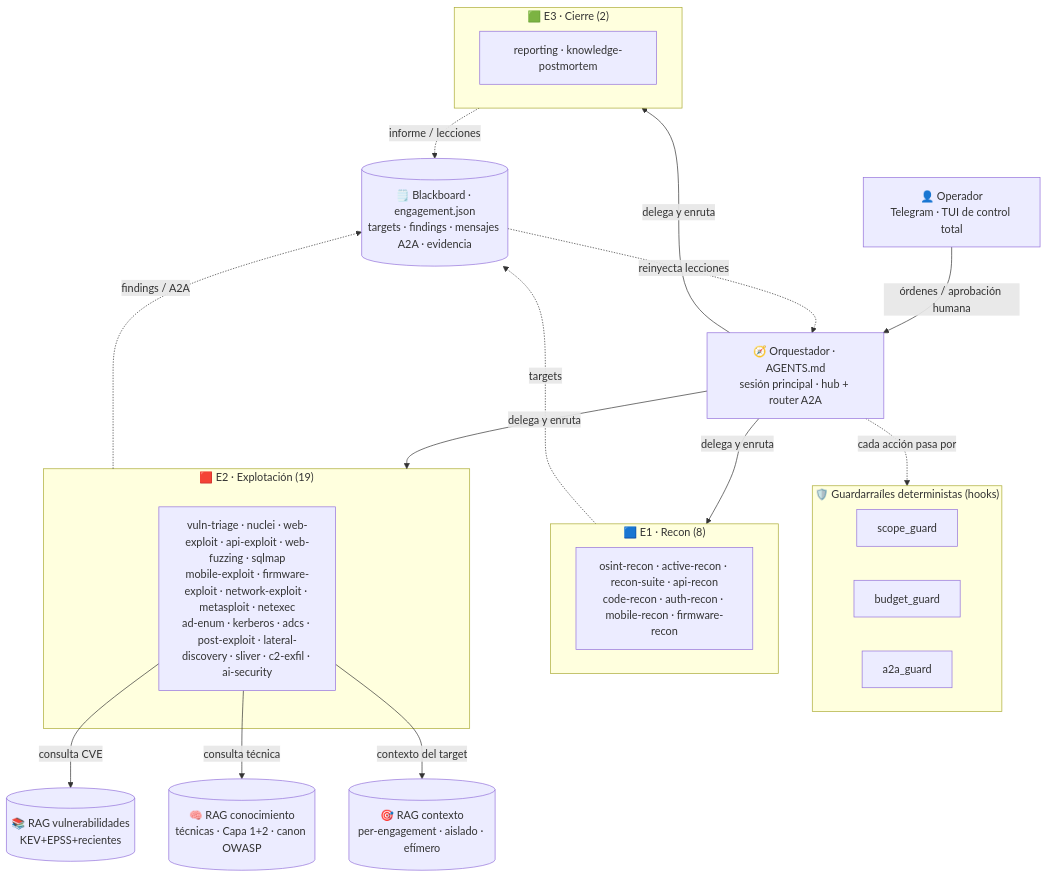
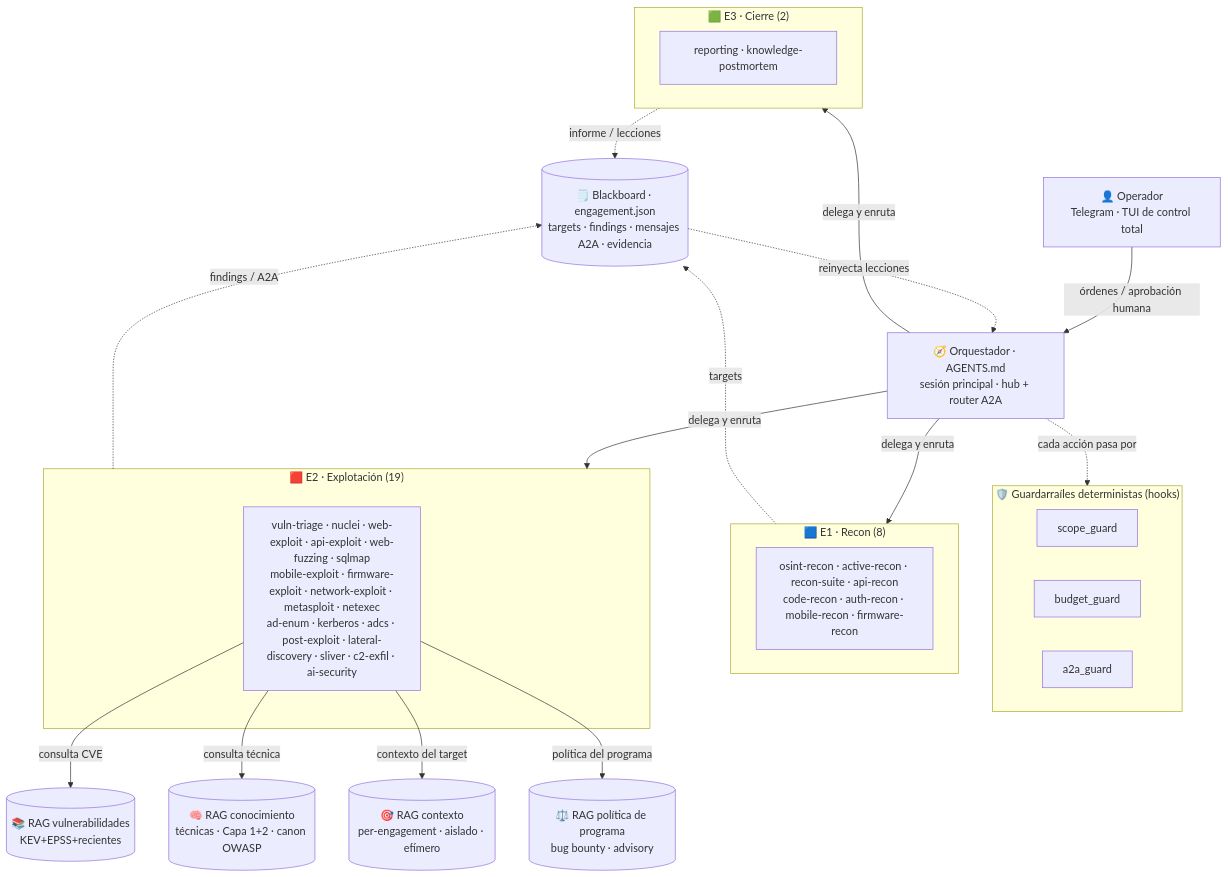
One commit to devPruebaDataunix/Data-Attack-Offensive-Tools changed the diagram in README.md. Above: the diagram before and after it, drawn with Mermaid. The commit also changed other lines of this file and 6 other files, not shown here.

````diff
--- a/README.md
+++ b/README.md
@@ -125,35 +125,37 @@
 ```mermaid
 flowchart TB
     OP["👤 Operador<br/>Telegram · TUI de control total"]
     ORQ["🧭 Orquestador · AGENTS.md<br/>sesión principal · hub + router A2A"]
     subgraph GATES["🛡️ Guardarraíles deterministas (hooks)"]
         SG["scope_guard"]
         BG["budget_guard"]
         AG["a2a_guard"]
     end
     BB[("🗒️ Blackboard · engagement.json<br/>targets · findings · mensajes A2A · evidencia")]
     RAGDB[("📚 RAG vulnerabilidades<br/>KEV+EPSS+recientes")]
     RAGKB[("🧠 RAG conocimiento<br/>técnicas · Capa 1+2 · canon OWASP")]
     RAGCTX[("🎯 RAG contexto<br/>per-engagement · aislado · efímero")]
+    RAGTRI[("⚖️ RAG política de programa<br/>bug bounty · advisory")]
     subgraph E1["🟦 E1 · Recon (8)"]
         R["osint-recon · active-recon · recon-suite · api-recon<br/>code-recon · auth-recon · mobile-recon · firmware-recon"]
     end
     subgraph E2["🟥 E2 · Explotación (19)"]
         X["vuln-triage · nuclei · web-exploit · api-exploit · web-fuzzing · sqlmap<br/>mobile-exploit · firmware-exploit · network-exploit · metasploit · netexec<br/>ad-enum · kerberos · adcs · post-exploit · lateral-discovery · sliver · c2-exfil · ai-security"]
     end
     subgraph E3["🟩 E3 · Cierre (2)"]
         C["reporting · knowledge-postmortem"]
     end
     OP -->|órdenes / aprobación humana| ORQ
     ORQ -->|delega y enruta| E1
     ORQ -->|delega y enruta| E2
     ORQ -->|delega y enruta| E3
     ORQ -.->|cada acción pasa por| GATES
     E1 -.->|targets| BB
     E2 -.->|findings / A2A| BB
     E3 -.->|informe / lecciones| BB
     BB -.->|reinyecta lecciones| ORQ
     X -->|consulta CVE| RAGDB
     X -->|consulta técnica| RAGKB
     X -->|contexto del target| RAGCTX
+    X -->|política del programa| RAGTRI
 ```
````
